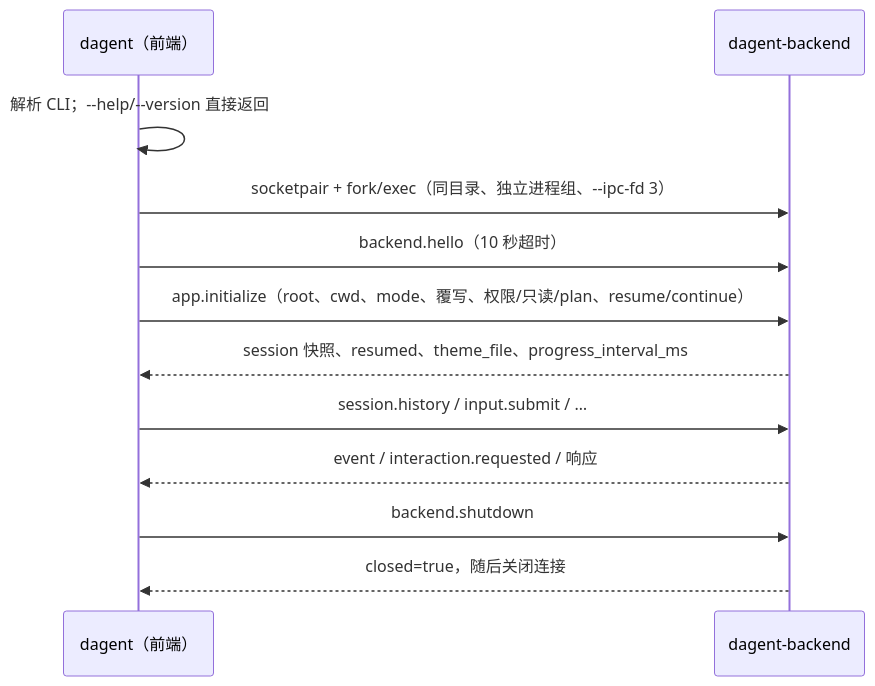
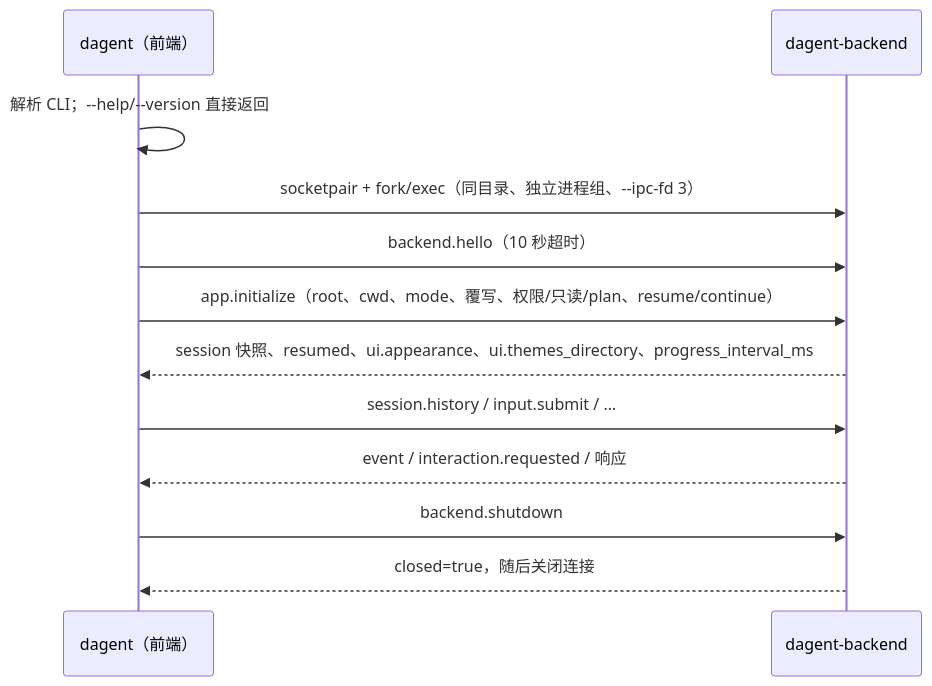
The diagram in docs/design/protocol.md (Summer-DeZ/DAgent), drawn with Mermaid before and after one commit. The commit also changed other lines of this file and 47 other files, not shown here.

````diff
--- a/docs/design/protocol.md
+++ b/docs/design/protocol.md
@@ -20,14 +20,14 @@
 ```mermaid
 sequenceDiagram
     participant F as dagent（前端）
     participant B as dagent-backend
     F->>F: 解析 CLI；--help/--version 直接返回
     F->>B: socketpair + fork/exec（同目录、独立进程组、--ipc-fd 3）
     F->>B: backend.hello（10 秒超时）
     F->>B: app.initialize（root、cwd、mode、覆写、权限/只读/plan、resume/continue）
-    B-->>F: session 快照、resumed、theme_file、progress_interval_ms
+    B-->>F: session 快照、resumed、ui.appearance、ui.themes_directory、progress_interval_ms
     F->>B: session.history / input.submit / …
     B-->>F: event / interaction.requested / 响应
     F->>B: backend.shutdown
     B-->>F: closed=true，随后关闭连接
 ```
````
